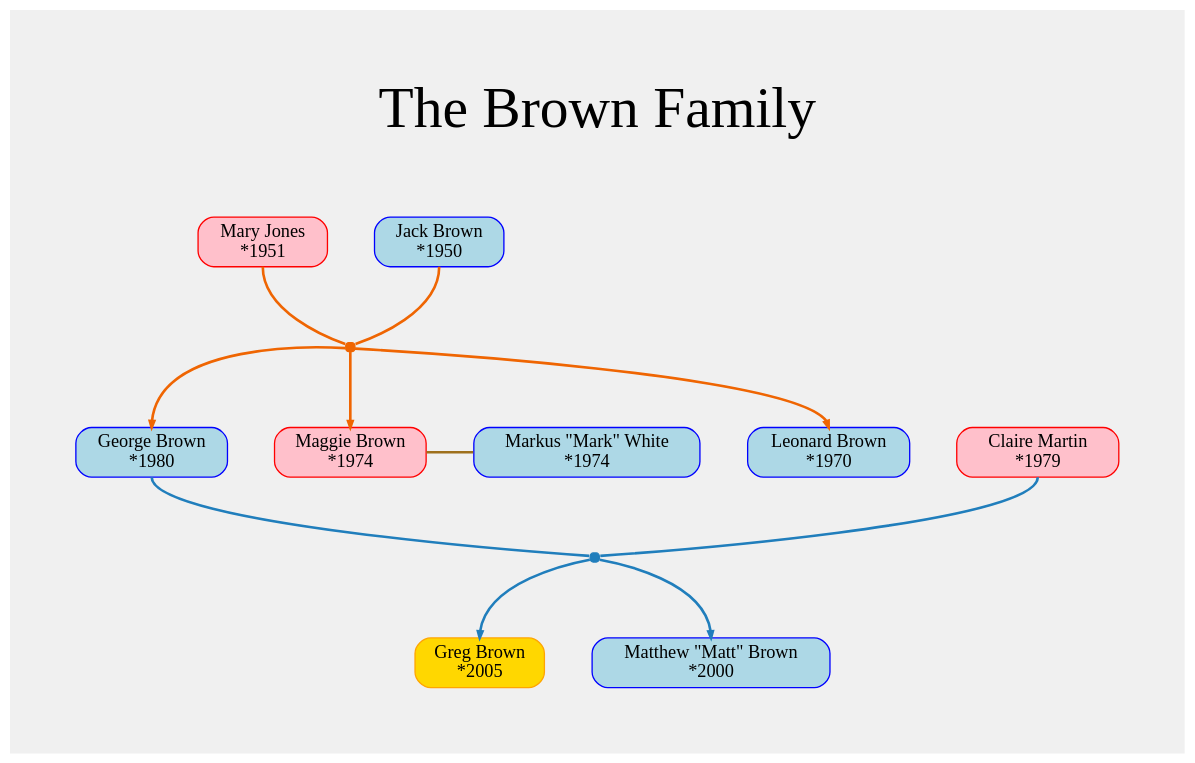
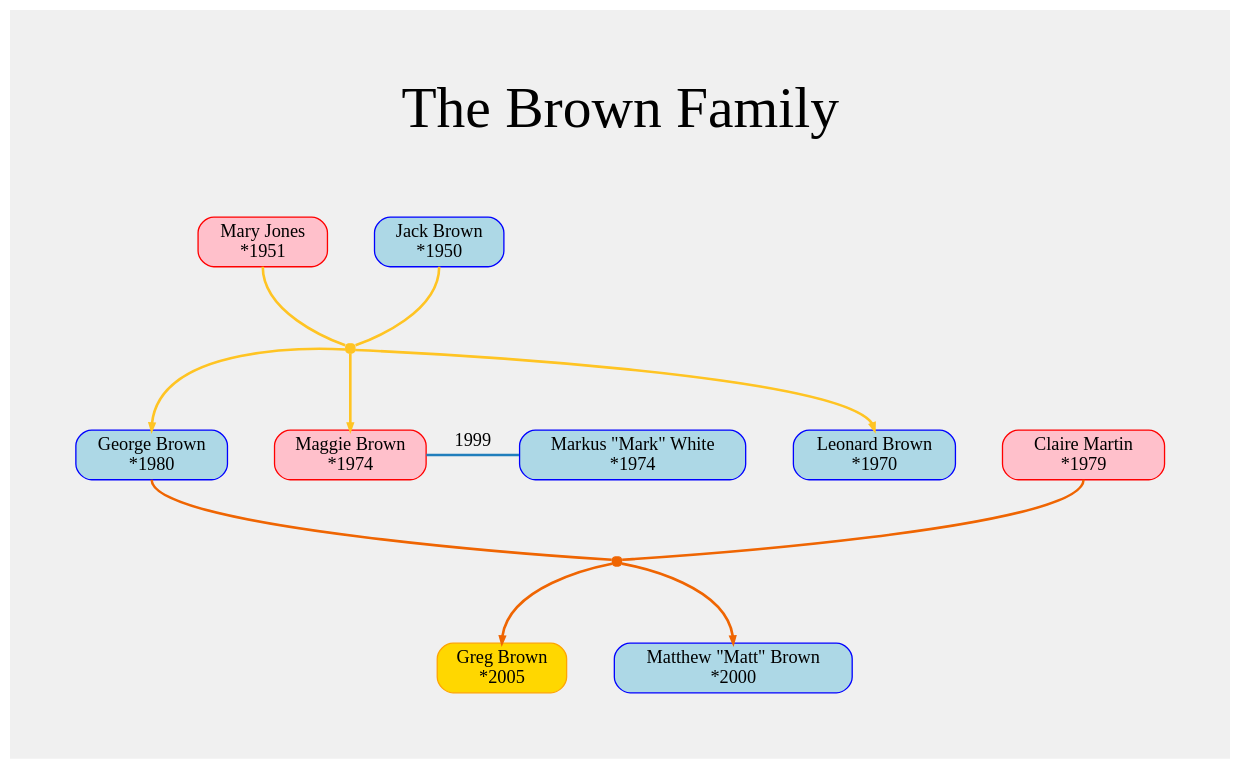
One commit to G3Dev-0/Sprout changed the diagram in example/example.dot. Above: the diagram before and after it, drawn with Graphviz. The commit also changed 2 other files, not shown here.

```diff
--- a/example/example.dot
+++ b/example/example.dot
@@ -1,106 +1,107 @@
 digraph {
 	label="The Brown Family
 
 " labelloc="t" fontsize="44" fontname="Consolas"
 	graph [
 		bgcolor="grey94"
 		splines="true"
 		pad="0.7"
 		nodesep="0.5"
 		ranksep="0.8"
 		rankdir="tb"
 	]
 	node [
 		shape="rect"
 		style="filled, rounded"
 		fontname="Consolas"
 	]
 	edge [
 		penwidth=2
+		fontname="Consolas"
 	]
-	"6d8bae8f_572d_4377_a720_270573a9f0bc":s -> "connector_c66471d0_f578_409b_9894_82ef5ed4744d" [arrowsize=0 color="#EF6502"]
-	"a5f1fdea_4d83_4a2f_b046_5179f6acfb16":s -> "connector_c66471d0_f578_409b_9894_82ef5ed4744d" [arrowsize=0 color="#EF6502"]
-	"connector_c66471d0_f578_409b_9894_82ef5ed4744d" -> "8c465f1a_3cbb_4c7c_ba41_78458bc64a0c":n [arrowsize=0.5 color="#EF6502"]
-	"connector_c66471d0_f578_409b_9894_82ef5ed4744d" -> "103c134f_40c0_40e3_afad_9280f29a73c3":n [arrowsize=0.5 color="#EF6502"]
-	"connector_c66471d0_f578_409b_9894_82ef5ed4744d" -> "797452c3_1812_4b1b_9bbd_1a4693e35963":n [arrowsize=0.5 color="#EF6502"]
+	"6d8bae8f_572d_4377_a720_270573a9f0bc":s -> "connector_f276c9e6_ca75_4202_835d_62c08b78a52b" [arrowsize=0 color="#FFC423"]
+	"a5f1fdea_4d83_4a2f_b046_5179f6acfb16":s -> "connector_f276c9e6_ca75_4202_835d_62c08b78a52b" [arrowsize=0 color="#FFC423"]
+	"connector_f276c9e6_ca75_4202_835d_62c08b78a52b" -> "8c465f1a_3cbb_4c7c_ba41_78458bc64a0c":n [arrowsize=0.5 color="#FFC423"]
+	"connector_f276c9e6_ca75_4202_835d_62c08b78a52b" -> "103c134f_40c0_40e3_afad_9280f29a73c3":n [arrowsize=0.5 color="#FFC423"]
+	"connector_f276c9e6_ca75_4202_835d_62c08b78a52b" -> "797452c3_1812_4b1b_9bbd_1a4693e35963":n [arrowsize=0.5 color="#FFC423"]
 	"6d8bae8f_572d_4377_a720_270573a9f0bc" [
 		label="Mary Jones
 *1951"
 		color="red"
 		fillcolor="pink"
 	]
 	"a5f1fdea_4d83_4a2f_b046_5179f6acfb16" [
 		label="Jack Brown
 *1950"
 		color="blue"
 		fillcolor="lightblue"
 	]
 	"8c465f1a_3cbb_4c7c_ba41_78458bc64a0c" [
 		label="George Brown
 *1980"
 		color="blue"
 		fillcolor="lightblue"
 	]
 	"103c134f_40c0_40e3_afad_9280f29a73c3" [
 		label="Maggie Brown
 *1974"
 		color="red"
 		fillcolor="pink"
 	]
 	"797452c3_1812_4b1b_9bbd_1a4693e35963" [
 		label="Leonard Brown
 *1970"
 		color="blue"
 		fillcolor="lightblue"
 	]
-	"connector_c66471d0_f578_409b_9894_82ef5ed4744d" [
+	"connector_f276c9e6_ca75_4202_835d_62c08b78a52b" [
 		label=""
-		color="#EF6502"
-		fillcolor="#EF6502"
+		color="#FFC423"
+		fillcolor="#FFC423"
 		width=0.1
 		height=0.1
 	]
-	"37ccc8b0_85c6_4331_892e_8cae635290c7":s -> "connector_30edc4d6_3626_426c_b8a2_2504da43e296" [arrowsize=0 color="#207EBC"]
-	"8c465f1a_3cbb_4c7c_ba41_78458bc64a0c":s -> "connector_30edc4d6_3626_426c_b8a2_2504da43e296" [arrowsize=0 color="#207EBC"]
-	"connector_30edc4d6_3626_426c_b8a2_2504da43e296" -> "a1dd8d9e_3533_437a_8362_5e5c9239ec6e":n [arrowsize=0.5 color="#207EBC"]
-	"connector_30edc4d6_3626_426c_b8a2_2504da43e296" -> "3af1d75a_d42a_42c5_b657_0ec7a3a0a658":n [arrowsize=0.5 color="#207EBC"]
+	"37ccc8b0_85c6_4331_892e_8cae635290c7":s -> "connector_96652692_5a25_4c93_97cf_a2def02a7ec8" [arrowsize=0 color="#EF6502"]
+	"8c465f1a_3cbb_4c7c_ba41_78458bc64a0c":s -> "connector_96652692_5a25_4c93_97cf_a2def02a7ec8" [arrowsize=0 color="#EF6502"]
+	"connector_96652692_5a25_4c93_97cf_a2def02a7ec8" -> "a1dd8d9e_3533_437a_8362_5e5c9239ec6e":n [arrowsize=0.5 color="#EF6502"]
+	"connector_96652692_5a25_4c93_97cf_a2def02a7ec8" -> "3af1d75a_d42a_42c5_b657_0ec7a3a0a658":n [arrowsize=0.5 color="#EF6502"]
 	"37ccc8b0_85c6_4331_892e_8cae635290c7" [
 		label="Claire Martin
 *1979"
 		color="red"
 		fillcolor="pink"
 	]
 	"8c465f1a_3cbb_4c7c_ba41_78458bc64a0c" [
 		label="George Brown
 *1980"
 		color="blue"
 		fillcolor="lightblue"
 	]
 	"a1dd8d9e_3533_437a_8362_5e5c9239ec6e" [
 		label="Greg Brown
 *2005"
 		color="orange"
 		fillcolor="gold"
 	]
 	"3af1d75a_d42a_42c5_b657_0ec7a3a0a658" [
 		label="Matthew \"Matt\" Brown
 *2000"
 		color="blue"
 		fillcolor="lightblue"
 	]
-	"connector_30edc4d6_3626_426c_b8a2_2504da43e296" [
+	"connector_96652692_5a25_4c93_97cf_a2def02a7ec8" [
 		label=""
-		color="#207EBC"
-		fillcolor="#207EBC"
+		color="#EF6502"
+		fillcolor="#EF6502"
 		width=0.1
 		height=0.1
 	]
 	{rank="same"; "103c134f_40c0_40e3_afad_9280f29a73c3"; "fdf086bb_a68b_478c_b9f1_2d3890e29c47"}
-	"103c134f_40c0_40e3_afad_9280f29a73c3" -> "fdf086bb_a68b_478c_b9f1_2d3890e29c47" [arrowsize=0 color="#9E701C"]
+	"103c134f_40c0_40e3_afad_9280f29a73c3" -> "fdf086bb_a68b_478c_b9f1_2d3890e29c47" [label="1999" arrowsize=0 color="#207EBC"]
 	"fdf086bb_a68b_478c_b9f1_2d3890e29c47" [
 		label="Markus \"Mark\" White
 *1974"
 		color="blue"
 		fillcolor="lightblue"
 	]
 }
```
